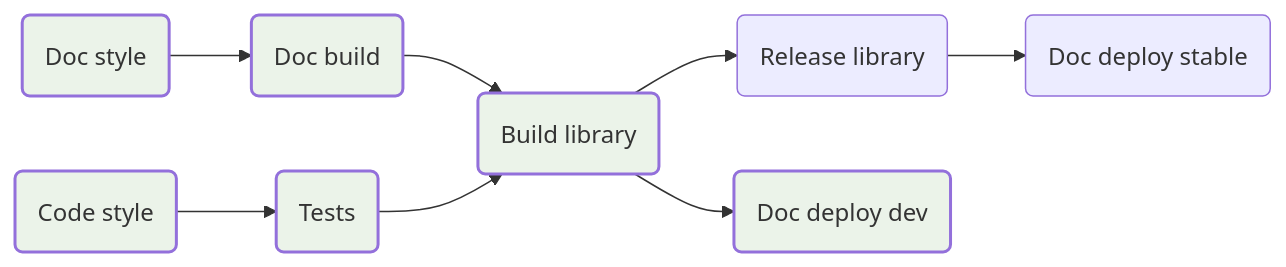
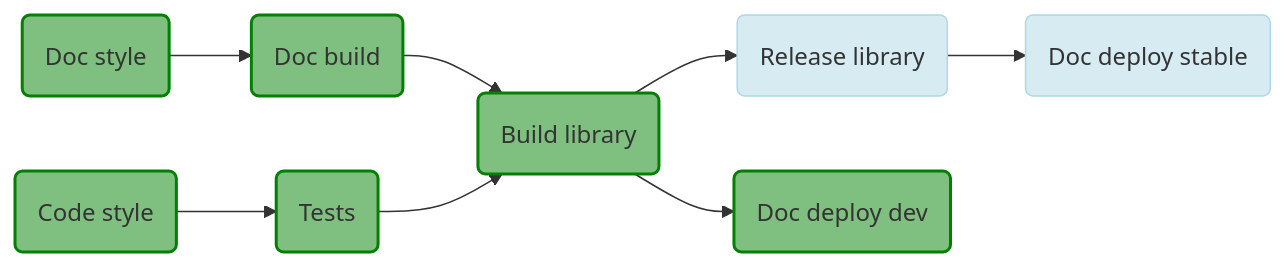
The second of 3 diagrams in README.md (ansys/actions), drawn with Mermaid before and after one commit. The commit also changed other lines of this file, not shown here.

Commit message:
fix: update colors in  diagrams

````diff
--- a/README.md
+++ b/README.md
@@ -50,10 +52,12 @@
 ```mermaid
 graph LR
     A(Doc style) --> B(Doc build)
     C(Code style) --> D(Tests)
     B & D --> E(Build library) --> F(Release library) & H(Doc deploy dev)
     F --> G(Doc deploy stable)
 
-    classDef green fill:#d7e8d3, fill-opacity:0.5, stroke-width:2
+    classDef green fill:green, fill-opacity:0.5, stroke:green, stroke-width:2
     class A,B,C,D,E,H green
+    classDef blue fill:lightblue, fill-opacity:0.5, stroke:lightblue
+    class F,G blue
 ```
````
